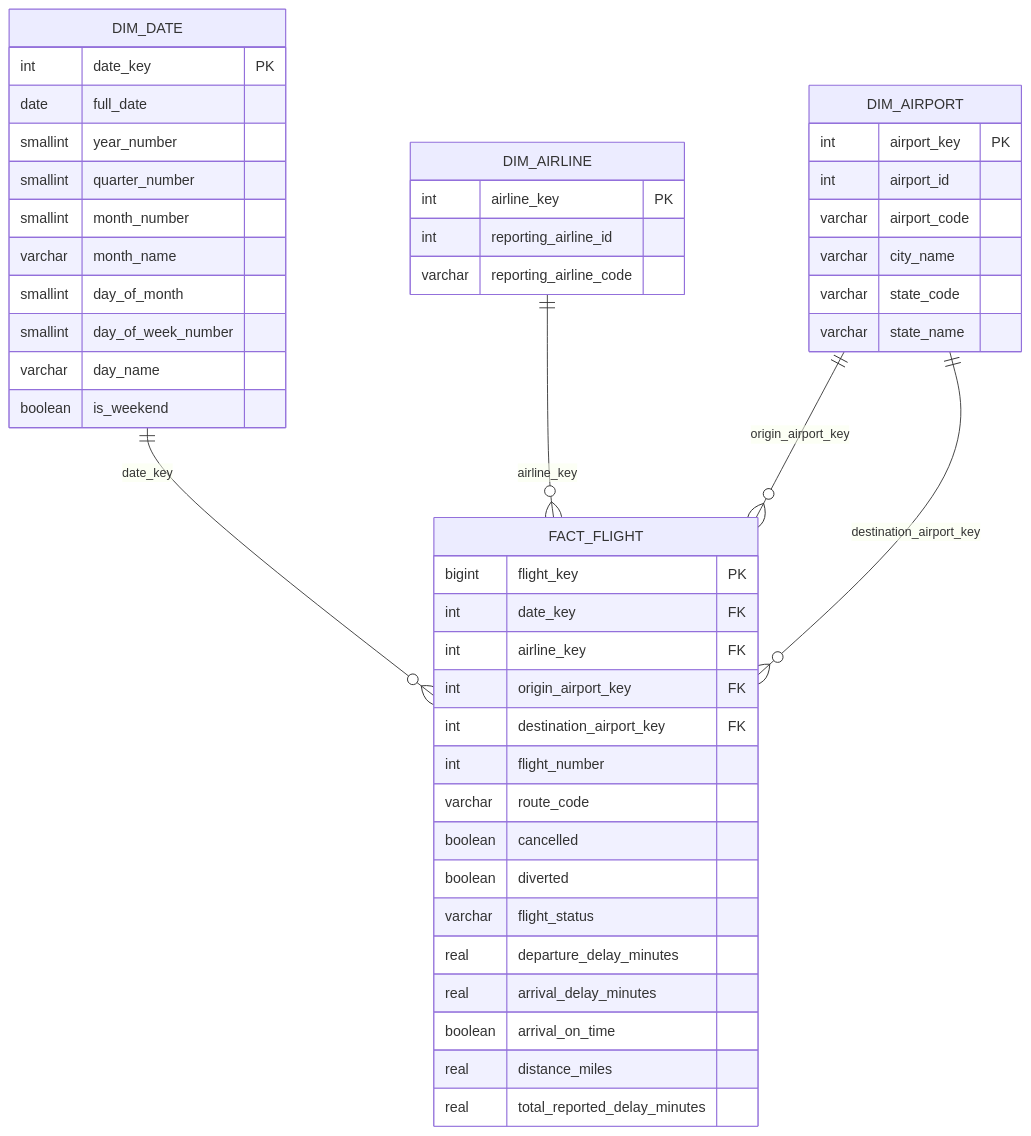
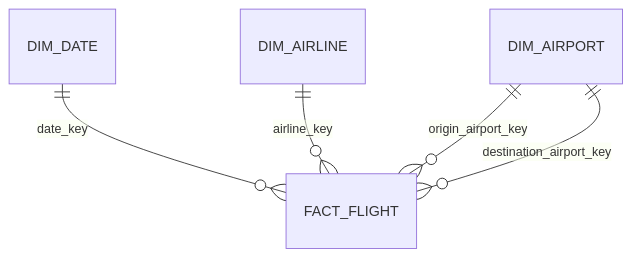
One commit to momo840505/flight-reliability-platform changed the second of 2 diagrams in README.md. Above: the diagram before and after it, drawn with Mermaid. The commit also changed other lines of this file and 21 other files, not shown here.

````diff
--- a/README.md
+++ b/README.md
@@ -384,53 +140,7 @@
 ```mermaid
 erDiagram
     DIM_DATE ||--o{ FACT_FLIGHT : date_key
     DIM_AIRLINE ||--o{ FACT_FLIGHT : airline_key
     DIM_AIRPORT ||--o{ FACT_FLIGHT : origin_airport_key
     DIM_AIRPORT ||--o{ FACT_FLIGHT : destination_airport_key
-
-    DIM_DATE {
-        int date_key PK
-        date full_date
-        smallint year_number
-        smallint quarter_number
-        smallint month_number
-        varchar month_name
-        smallint day_of_month
-        smallint day_of_week_number
-        varchar day_name
-        boolean is_weekend
-    }
-
-    DIM_AIRLINE {
-        int airline_key PK
-        int reporting_airline_id
-        varchar reporting_airline_code
-    }
-
-    DIM_AIRPORT {
-        int airport_key PK
-        int airport_id
-        varchar airport_code
-        varchar city_name
-        varchar state_code
-        varchar state_name
-    }
-
-    FACT_FLIGHT {
-        bigint flight_key PK
-        int date_key FK
-        int airline_key FK
-        int origin_airport_key FK
-        int destination_airport_key FK
-        int flight_number
-        varchar route_code
-        boolean cancelled
-        boolean diverted
-        varchar flight_status
-        real departure_delay_minutes
-        real arrival_delay_minutes
-        boolean arrival_on_time
-        real distance_miles
-        real total_reported_delay_minutes
-    }
 ```
````
